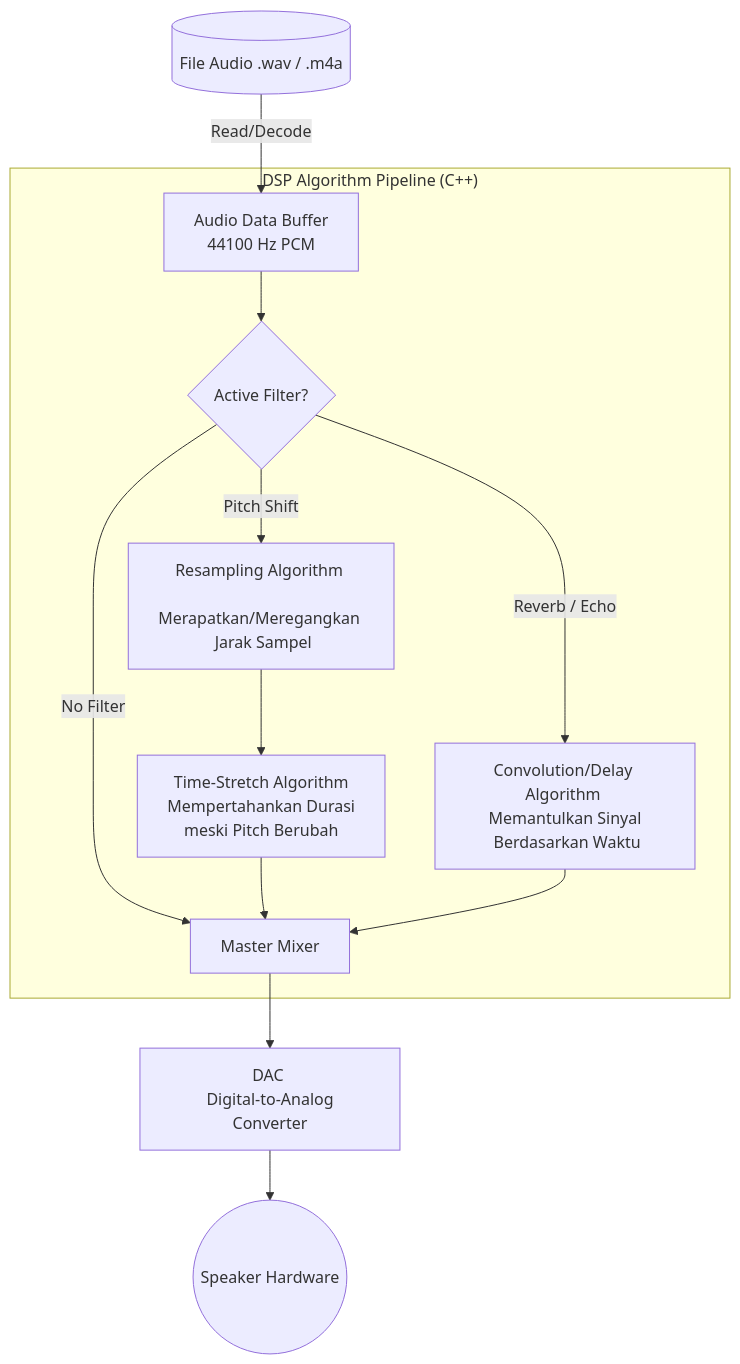
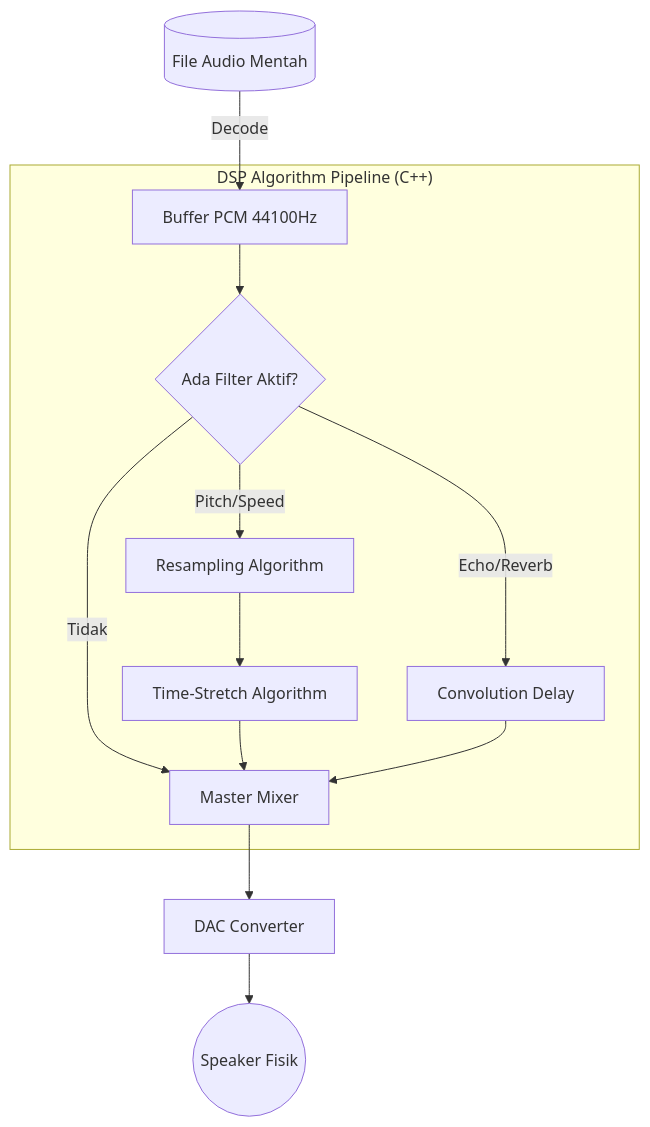
One commit to nunutech40/VoiceChanger changed the diagram in DSP_ENGINE_ARCHITECTURE.md. Above: the diagram before and after it, drawn with Mermaid. The commit also changed other lines of this file, not shown here.

Commit message:
docs: Simplify mermaid flowchart and add step-by-step DSP explanation

````diff
--- a/DSP_ENGINE_ARCHITECTURE.md
+++ b/DSP_ENGINE_ARCHITECTURE.md
@@ -19,20 +19,20 @@
 ```mermaid
 graph TD
-    A[(File Audio .wav / .m4a)] -->|Read/Decode| B[Audio Data Buffer <br> 44100 Hz PCM]
+    A[(File Audio Mentah)] -->|Decode| B[Buffer PCM 44100Hz]
     
     subgraph DSP_Pipeline ["DSP Algorithm Pipeline (C++)"]
-    B --> C{Active Filter?}
-    C -- No Filter --> G[Master Mixer]
+    B --> C{Ada Filter Aktif?}
+    C -- Tidak --> G[Master Mixer]
     
-    C -- Pitch Shift --> D[Resampling Algorithm <br> Merapatkan/Meregangkan <br> Jarak Sampel]
-    D --> E[Time-Stretch Algorithm <br> Mempertahankan Durasi <br> meski Pitch Berubah]
+    C -- Pitch/Speed --> D[Resampling Algorithm]
+    D --> E[Time-Stretch Algorithm]
     
-    C -- Reverb / Echo --> F[Convolution/Delay Algorithm <br> Memantulkan Sinyal <br> Berdasarkan Waktu]
+    C -- Echo/Reverb --> F[Convolution Delay]
     
     E --> G
     F --> G
     end
     
-    G --> H[DAC <br> Digital-to-Analog Converter]
-    H --> I((Speaker Hardware))
+    G --> H[DAC Converter]
+    H --> I((Speaker Fisik))
 ```
````
